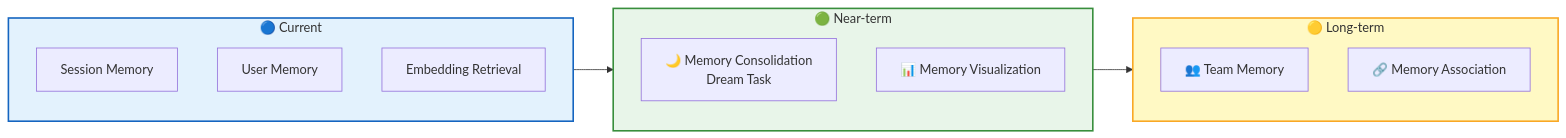
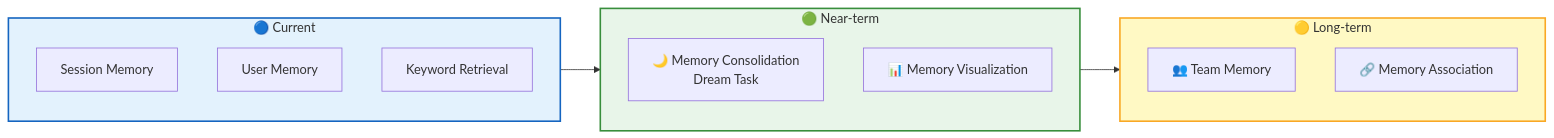
The seventh of 7 diagrams in src/content/docs/en/features/memory.md (rtc-agent/docs), drawn with Mermaid before and after one commit. The commit also changed other lines of this file and 13 other files, not shown here.

First line of the commit message:
docs(features): add webSearch/webFetch details, update memory to OKF model, keyword retrieval

````diff
--- a/src/content/docs/en/features/memory.md
+++ b/src/content/docs/en/features/memory.md
@@ -261,24 +251,24 @@
 ```mermaid
 flowchart LR
     subgraph NOW["🔵 Current"]
         N1["Session Memory"]
         N2["User Memory"]
-        N3["Embedding Retrieval"]
+        N3["Keyword Retrieval"]
     end
 
     subgraph NEXT["🟢 Near-term"]
         NX1["🌙 Memory Consolidation<br/>Dream Task"]
         NX2["📊 Memory Visualization"]
     end
 
     subgraph FUTURE["🟡 Long-term"]
         F1["👥 Team Memory"]
         F2["🔗 Memory Association"]
     end
 
     NOW --> NEXT --> FUTURE
 
     style NOW fill:#e3f2fd,stroke:#1565c0,stroke-width:2px
     style NEXT fill:#e8f5e9,stroke:#388e3c,stroke-width:2px
     style FUTURE fill:#fff9c4,stroke:#f9a825,stroke-width:2px
 ```
````
